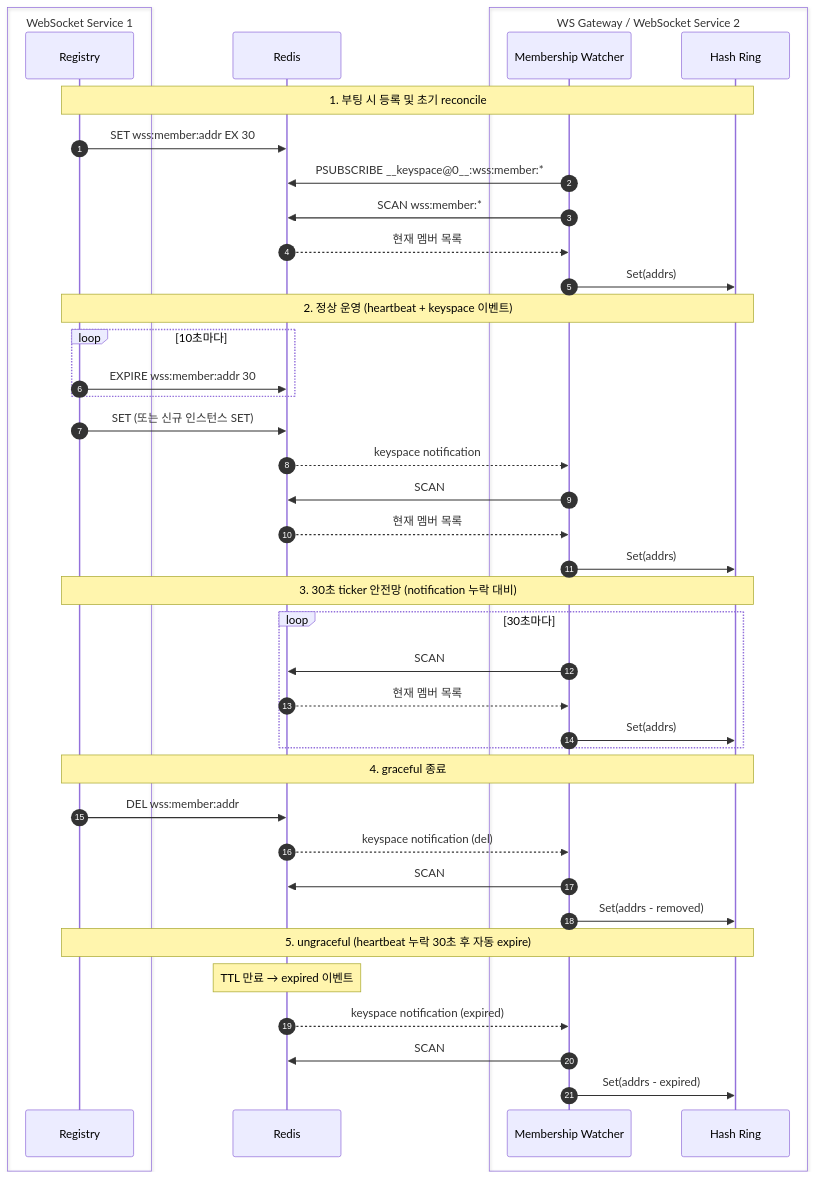
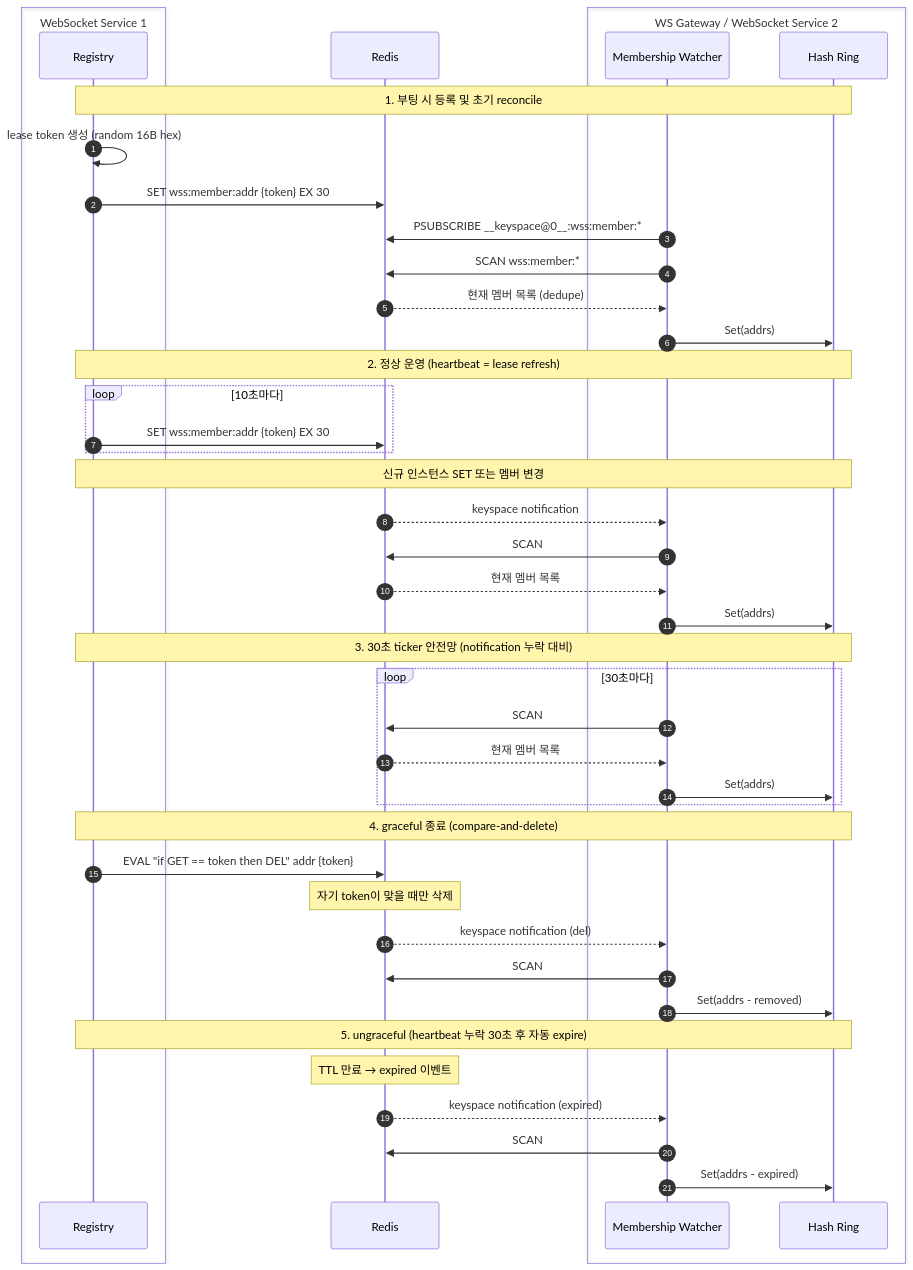
The diagram in docs/diagrams/seq-membership-sync.mmd (happyhun/go-chat-msa), drawn with Mermaid before and after one commit. The commit also changed 3 other files, not shown here.

Commit message:
docs: lease token과 빈 멤버 정책 반영, 운영용 keyspace notification 옵션 안내

```diff
--- a/docs/diagrams/seq-membership-sync.mmd
+++ b/docs/diagrams/seq-membership-sync.mmd
@@ -1,50 +1,52 @@
 sequenceDiagram
     autonumber
 
     box WebSocket Service 1
         participant Reg1 as Registry
     end
 
     participant Redis as Redis
 
     box WS Gateway / WebSocket Service 2
         participant Watcher as Membership Watcher
         participant Ring as Hash Ring
     end
 
     Note over Reg1, Ring: 1. 부팅 시 등록 및 초기 reconcile
-    Reg1->>Redis: SET wss:member:addr EX 30
+    Reg1->>Reg1: lease token 생성 (random 16B hex)
+    Reg1->>Redis: SET wss:member:addr {token} EX 30
     Watcher->>Redis: PSUBSCRIBE __keyspace@0__:wss:member:*
     Watcher->>Redis: SCAN wss:member:*
-    Redis-->>Watcher: 현재 멤버 목록
+    Redis-->>Watcher: 현재 멤버 목록 (dedupe)
     Watcher->>Ring: Set(addrs)
 
-    Note over Reg1, Ring: 2. 정상 운영 (heartbeat + keyspace 이벤트)
+    Note over Reg1, Ring: 2. 정상 운영 (heartbeat = lease refresh)
     loop 10초마다
-        Reg1->>Redis: EXPIRE wss:member:addr 30
+        Reg1->>Redis: SET wss:member:addr {token} EX 30
     end
 
-    Reg1->>Redis: SET (또는 신규 인스턴스 SET)
+    Note over Reg1, Ring: 신규 인스턴스 SET 또는 멤버 변경
     Redis-->>Watcher: keyspace notification
     Watcher->>Redis: SCAN
     Redis-->>Watcher: 현재 멤버 목록
     Watcher->>Ring: Set(addrs)
 
     Note over Reg1, Ring: 3. 30초 ticker 안전망 (notification 누락 대비)
     loop 30초마다
         Watcher->>Redis: SCAN
         Redis-->>Watcher: 현재 멤버 목록
         Watcher->>Ring: Set(addrs)
     end
 
-    Note over Reg1, Ring: 4. graceful 종료
-    Reg1->>Redis: DEL wss:member:addr
+    Note over Reg1, Ring: 4. graceful 종료 (compare-and-delete)
+    Reg1->>Redis: EVAL "if GET == token then DEL" addr {token}
+    Note over Redis: 자기 token이 맞을 때만 삭제
     Redis-->>Watcher: keyspace notification (del)
     Watcher->>Redis: SCAN
     Watcher->>Ring: Set(addrs - removed)
 
     Note over Reg1, Ring: 5. ungraceful (heartbeat 누락 30초 후 자동 expire)
     Note over Redis: TTL 만료 → expired 이벤트
     Redis-->>Watcher: keyspace notification (expired)
     Watcher->>Redis: SCAN
     Watcher->>Ring: Set(addrs - expired)
```
